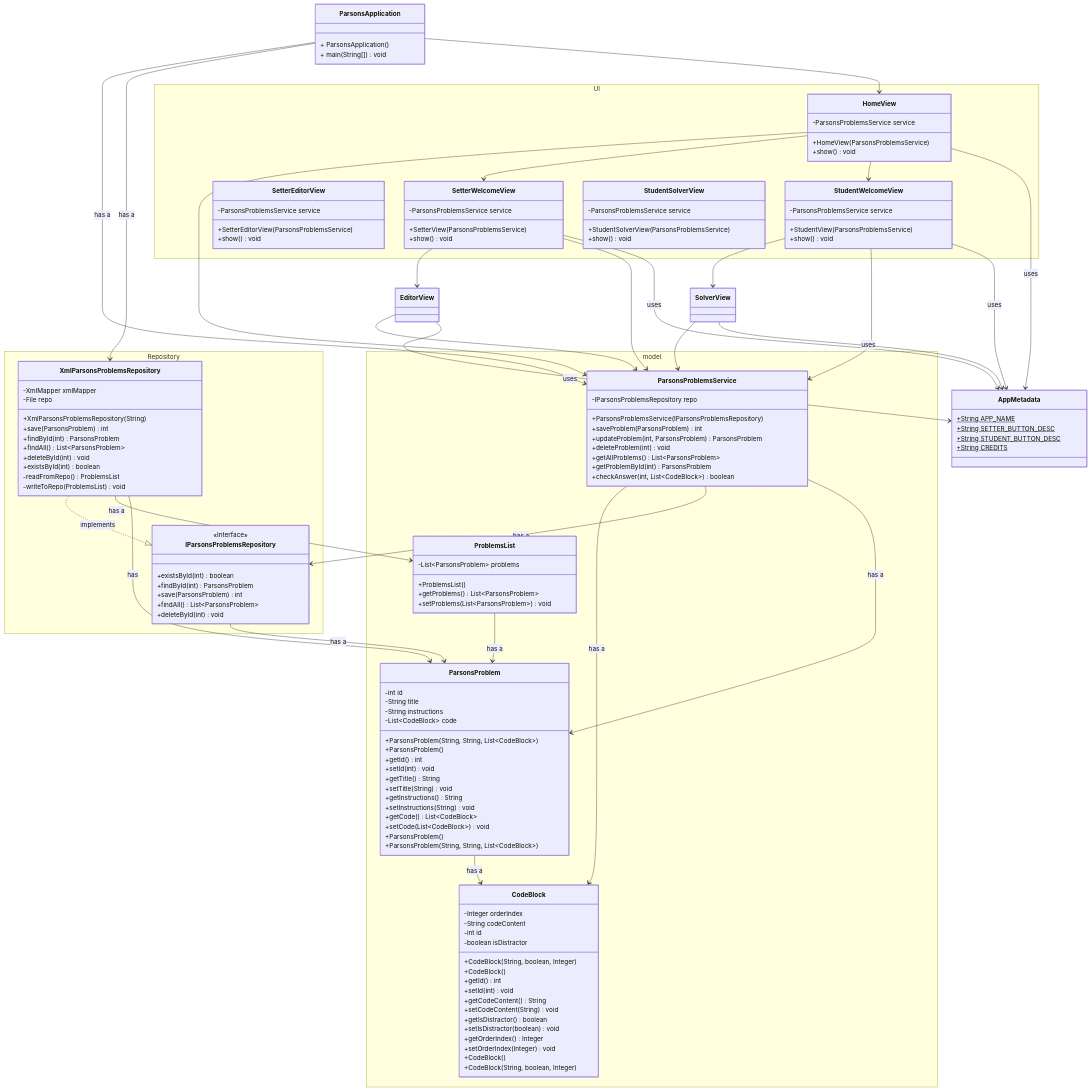
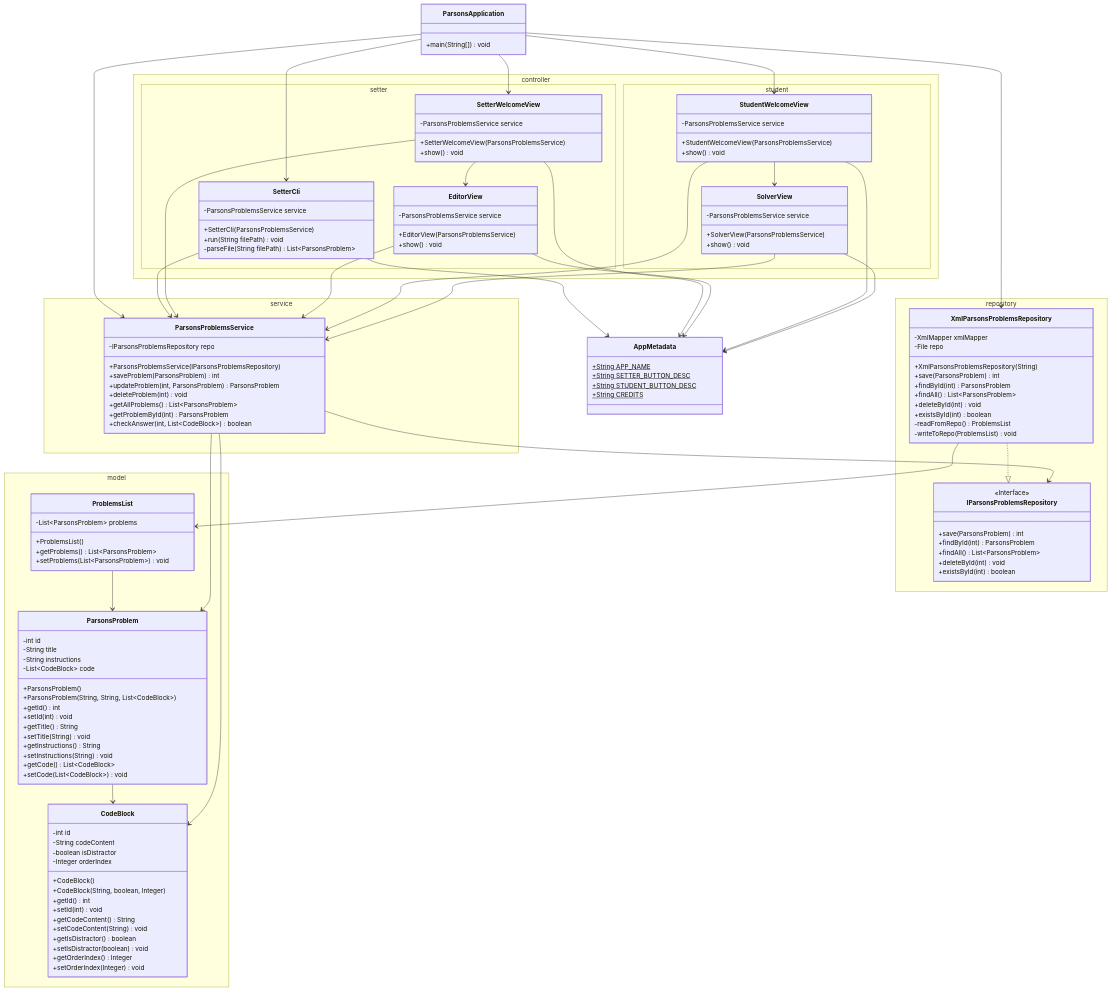
Before and after one commit to spr26-cs5004-group1/neu_cs5004_spr2026_group1_parsons: the diagram in DesignDocuments/README.md, drawn with Mermaid. The commit also changed other lines of this file, not shown here.

Commit message:
initial design updated

````diff
--- a/DesignDocuments/README.md
+++ b/DesignDocuments/README.md
@@ -22,33 +53,29 @@
 ```mermaid
-
 classDiagram
-direction TB
+direction TD
 
 %%--- ENTRY POINT ---
 class ParsonsApplication {
-  + ParsonsApplication() 
-  + main(String[]) void
+    +main(String[]) void
 }
 
-%% ---- STATIC PROPERTIES: used in all UI ---
+%%--- APP-WIDE METADATA ---
 class AppMetadata {
     +String APP_NAME$
     +String SETTER_BUTTON_DESC$
     +String STUDENT_BUTTON_DESC$
     +String CREDITS$
-    %% to be expanded as needed
 }
 
 namespace model {
 
     class CodeBlock {
-        +CodeBlock(String, boolean, Integer) 
+        -int id
+        -String codeContent
+        -boolean isDistractor
+        -Integer orderIndex
         +CodeBlock()
-        -Integer orderIndex
-        -String codeContent
-        -int id
-        -boolean isDistractor
-
+        +CodeBlock(String, boolean, Integer)
         +getId() int
         +setId(int) void
         +getCodeContent() String
@@ -57,18 +84,15 @@
         +setIsDistractor(boolean) void
         +getOrderIndex() Integer
         +setOrderIndex(Integer) void
-        +CodeBlock()
-        +CodeBlock(String, boolean, Integer)
     }
 
     class ParsonsProblem {
-        +ParsonsProblem(String, String, List~CodeBlock~) 
-        +ParsonsProblem()
         -int id
         -String title
         -String instructions
         -List~CodeBlock~ code
-
+        +ParsonsProblem()
+        +ParsonsProblem(String, String, List~CodeBlock~)
         +getId() int
         +setId(int) void
         +getTitle() String
@@ -77,39 +101,25 @@
         +setInstructions(String) void
         +getCode() List~CodeBlock~
         +setCode(List~CodeBlock~) void
-        +ParsonsProblem()
-        +ParsonsProblem(String, String, List~CodeBlock~)
     }
 
     class ProblemsList {
-        +ProblemsList() 
         -List~ParsonsProblem~ problems
-
+        +ProblemsList()
         +getProblems() List~ParsonsProblem~
         +setProblems(List~ParsonsProblem~) void
     }
-
-    class ParsonsProblemsService {
-        -IParsonsProblemsRepository repo
-
-        +ParsonsProblemsService(IParsonsProblemsRepository)
-        +saveProblem(ParsonsProblem) int
-        +updateProblem(int, ParsonsProblem) ParsonsProblem
-        +deleteProblem(int) void
-        +getAllProblems() List~ParsonsProblem~
-        +getProblemById(int) ParsonsProblem
-        +checkAnswer(int, List~CodeBlock~) boolean
-    }
 }
 
-namespace Repository {
+namespace repository {
+
     class IParsonsProblemsRepository {
         <<Interface>>
-        +existsById(int) boolean
+        +save(ParsonsProblem) int
         +findById(int) ParsonsProblem
-        +save(ParsonsProblem) int
         +findAll() List~ParsonsProblem~
         +deleteById(int) void
+        +existsById(int) boolean
     }
 
     class XmlParsonsProblemsRepository {
@@ -126,74 +136,94 @@
     }
 }
 
-%%--- NOT WRITTEN YET: UI is combined controller and view ---
+namespace service {
 
-namespace UI {  
-    class HomeView {
+    class ParsonsProblemsService {
+        -IParsonsProblemsRepository repo
+        +ParsonsProblemsService(IParsonsProblemsRepository)
+        +saveProblem(ParsonsProblem) int
+        +updateProblem(int, ParsonsProblem) ParsonsProblem
+        +deleteProblem(int) void
+        +getAllProblems() List~ParsonsProblem~
+        +getProblemById(int) ParsonsProblem
+        +checkAnswer(int, List~CodeBlock~) boolean
+    }
+}
+
+%%--- NOT WRITTEN YET ---
+
+namespace controller.setter {
+
+    class SetterCli {
         -ParsonsProblemsService service
-        +HomeView(ParsonsProblemsService)
-        +show() void
+        +SetterCli(ParsonsProblemsService)
+        +run(String filePath) void
+        -parseFile(String filePath) List~ParsonsProblem~
     }
 
     class SetterWelcomeView {
         -ParsonsProblemsService service
-        +SetterView(ParsonsProblemsService)
+        +SetterWelcomeView(ParsonsProblemsService)
         +show() void
     }
 
-    class SetterEditorView {
+    class EditorView {
         -ParsonsProblemsService service
-        +SetterEditorView(ParsonsProblemsService)
-        +show() void
-    }
-
-    class StudentWelcomeView {
-        -ParsonsProblemsService service
-        +StudentView(ParsonsProblemsService)
-        +show() void
-    }
-
-    class StudentSolverView {
-        -ParsonsProblemsService service
-        +StudentSolverView(ParsonsProblemsService)
+        +EditorView(ParsonsProblemsService)
         +show() void
     }
 }
 
-ParsonsApplication  -->  ParsonsProblemsService: has a
-ParsonsApplication  -->  XmlParsonsProblemsRepository : has a
-ParsonsApplication --> HomeView
+namespace controller.student {
 
-ParsonsProblem --> CodeBlock: has a
+    class StudentWelcomeView {
+        -ParsonsProblemsService service
+        +StudentWelcomeView(ParsonsProblemsService)
+        +show() void
+    }
 
-ProblemsList --> ParsonsProblem : has a
+    class SolverView {
+        -ParsonsProblemsService service
+        +SolverView(ParsonsProblemsService)
+        +show() void
+    }
+}
 
-IParsonsProblemsRepository  -->  ParsonsProblem : has a
+%%--- RELATIONSHIPS ---
 
-XmlParsonsProblemsRepository  ..|>  IParsonsProblemsRepository : implements
-XmlParsonsProblemsRepository  -->  ProblemsList : has a 
-XmlParsonsProblemsRepository  -->  ParsonsProblem : has  
+%% entry point
+ParsonsApplication --> ParsonsProblemsService
+ParsonsApplication --> XmlParsonsProblemsRepository
+ParsonsApplication --> SetterCli
+ParsonsApplication --> SetterWelcomeView
+ParsonsApplication --> StudentWelcomeView
 
-ParsonsProblemsService  -->  CodeBlock : has a
-ParsonsProblemsService  -->  IParsonsProblemsRepository: has a
-ParsonsProblemsService  -->  ParsonsProblem : has a
+%% model
+ParsonsProblem --> CodeBlock
+ProblemsList --> ParsonsProblem
 
-HomeView --> ParsonsProblemsService
-HomeView --> SetterWelcomeView
-HomeView --> StudentWelcomeView
-HomeView --> AppMetadata: uses
+%% repository
+XmlParsonsProblemsRepository ..|> IParsonsProblemsRepository
+XmlParsonsProblemsRepository --> ProblemsList
 
+%% service
+ParsonsProblemsService --> IParsonsProblemsRepository
+ParsonsProblemsService --> ParsonsProblem
+ParsonsProblemsService --> CodeBlock
+
+%% setter controller
+SetterCli --> ParsonsProblemsService
+SetterCli --> AppMetadata
+SetterWelcomeView --> ParsonsProblemsService
 SetterWelcomeView --> EditorView
-SetterWelcomeView --> ParsonsProblemsService
-SetterWelcomeView --> AppMetadata: uses
+SetterWelcomeView --> AppMetadata
+EditorView --> ParsonsProblemsService
+EditorView --> AppMetadata
 
-EditorView --> ParsonsProblemsService
-EditorView --> AppMetadata: uses
-
+%% student controller
+StudentWelcomeView --> ParsonsProblemsService
 StudentWelcomeView --> SolverView
-StudentWelcomeView --> ParsonsProblemsService
-StudentWelcomeView --> AppMetadata: uses
-
+StudentWelcomeView --> AppMetadata
 SolverView --> ParsonsProblemsService
-SolverView --> AppMetadata: uses
+SolverView --> AppMetadata
 ```
````
